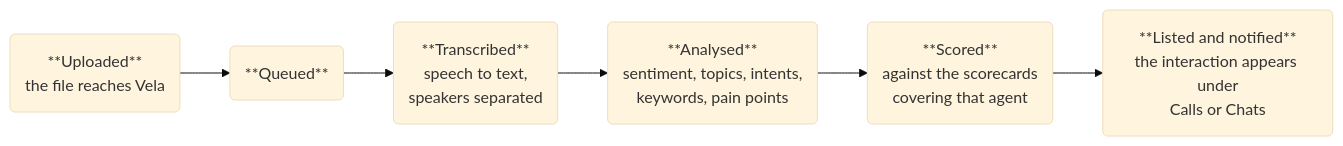
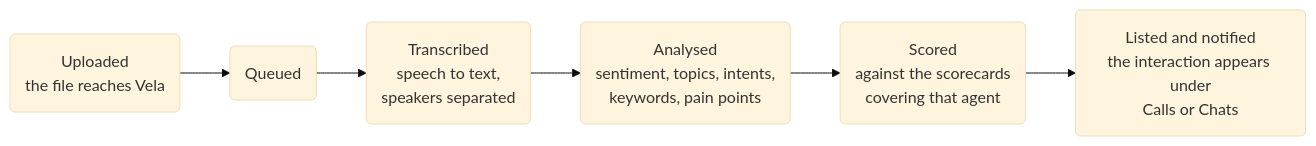
Before and after one commit to Botlhale-AI/docs-vela: the diagram in docs/data-upload.md, drawn with Mermaid (base theme). The commit also changed other lines of this file and 5 other files, not shown here.

````diff
--- a/docs/data-upload.md
+++ b/docs/data-upload.md
@@ -191,8 +221,8 @@
 ```mermaid
 flowchart LR
-    A("**Uploaded**<br/>the file reaches Vela") --> B("**Queued**")
-    B --> C("**Transcribed**<br/>speech to text,<br/>speakers separated")
-    C --> D("**Analysed**<br/>sentiment, topics, intents,<br/>keywords, pain points")
-    D --> E("**Scored**<br/>against the scorecards<br/>covering that agent")
-    E --> F("**Listed and notified**<br/>the interaction appears under<br/>Calls or Chats")
+    A("Uploaded<br/>the file reaches Vela") --> B("Queued")
+    B --> C("Transcribed<br/>speech to text,<br/>speakers separated")
+    C --> D("Analysed<br/>sentiment, topics, intents,<br/>keywords, pain points")
+    D --> E("Scored<br/>against the scorecards<br/>covering that agent")
+    E --> F("Listed and notified<br/>the interaction appears under<br/>Calls or Chats")
 ```
````
